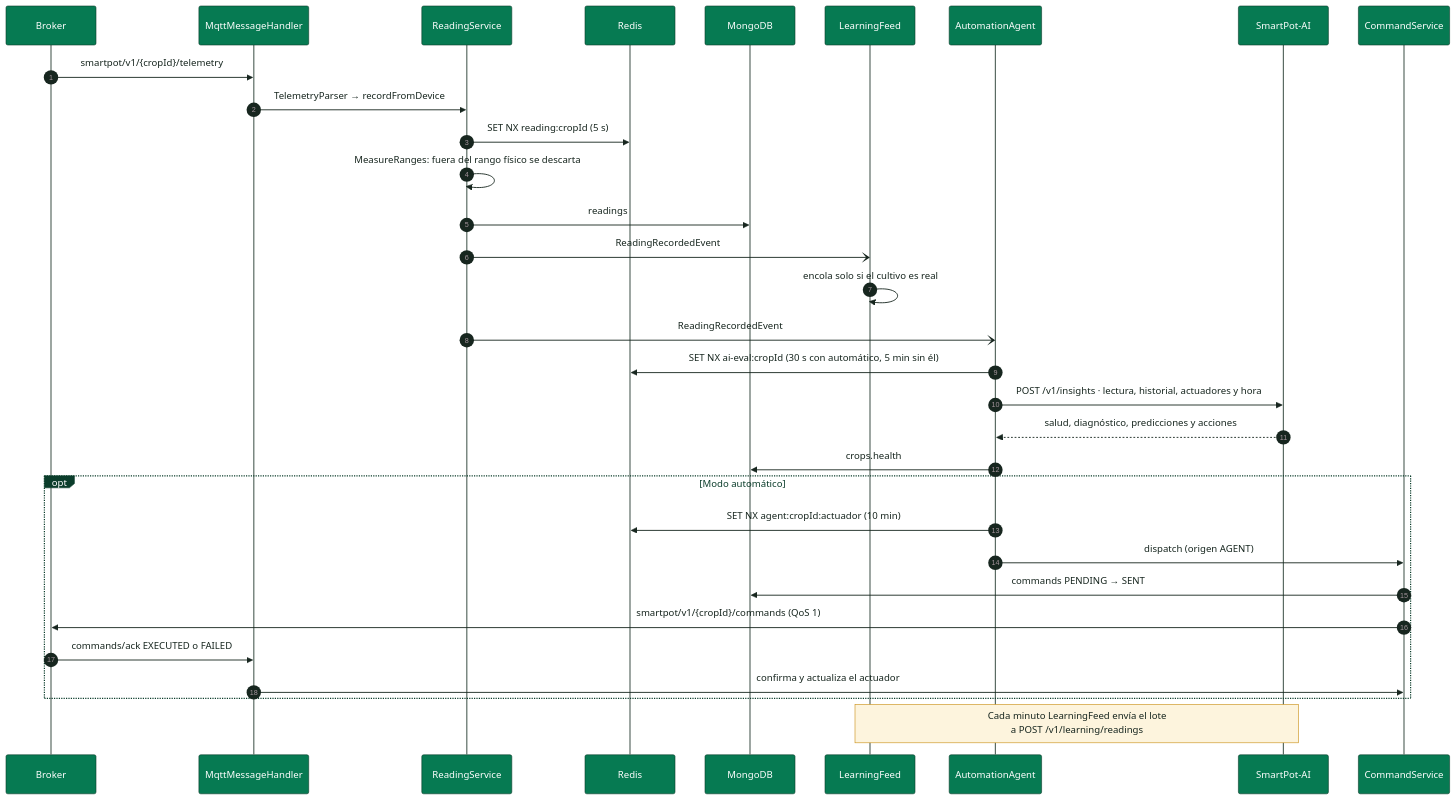
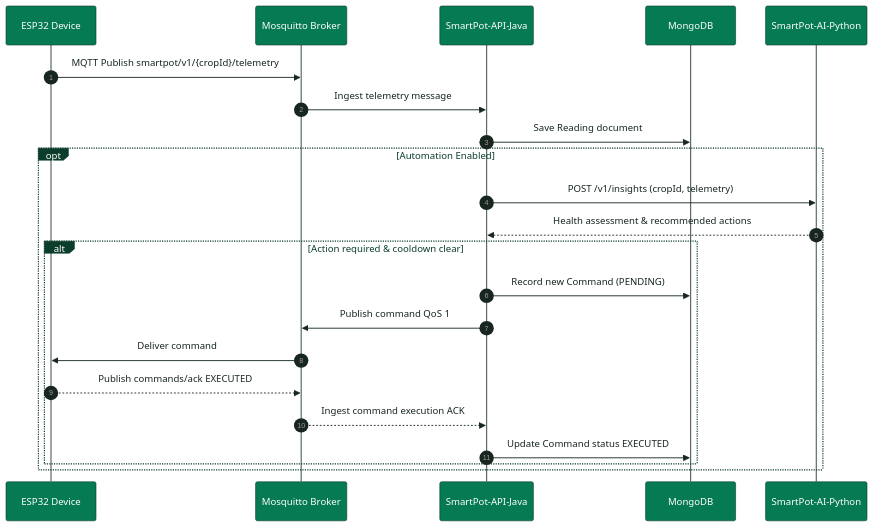
Before and after one commit to SmartPotTech/SmartPot-API-Java: the third of 4 diagrams in docs/SmartPot_API_Documentation.md, drawn with Mermaid. The commit also changed other lines of this file and 15 other files, not shown here.

Commit message:
docs(specs): standardize legacy english documentation, notices, diagrams, and manuals

````diff
--- a/docs/SmartPot_API_Documentation.md
+++ b/docs/SmartPot_API_Documentation.md
@@ -194,35 +139,25 @@
 ```mermaid
 %%{init: {"theme": "base", "fontFamily": "Segoe UI, Arial, sans-serif", "themeVariables": {"fontFamily": "Segoe UI, Arial, sans-serif", "fontSize": "15px", "primaryColor": "#DDF5EA", "primaryTextColor": "#17261F", "primaryBorderColor": "#067A52", "secondaryColor": "#E3F2FB", "secondaryTextColor": "#17261F", "secondaryBorderColor": "#1F6FA0", "tertiaryColor": "#F2F7F4", "tertiaryTextColor": "#17261F", "tertiaryBorderColor": "#D5E3DC", "lineColor": "#5B6B63", "textColor": "#17261F", "mainBkg": "#DDF5EA", "nodeBorder": "#067A52", "clusterBkg": "#F7FAF8", "clusterBorder": "#D5E3DC", "edgeLabelBackground": "#FFFFFF", "actorBkg": "#067A52", "actorBorder": "#0B3D2B", "actorTextColor": "#FFFFFF", "actorLineColor": "#5B6B63", "signalColor": "#17261F", "signalTextColor": "#17261F", "labelBoxBkgColor": "#0B3D2B", "labelBoxBorderColor": "#0B3D2B", "labelTextColor": "#FFFFFF", "loopTextColor": "#0B3D2B", "noteBkgColor": "#FDF4DD", "noteBorderColor": "#C98D12", "noteTextColor": "#17261F", "activationBkgColor": "#DDF5EA", "activationBorderColor": "#067A52", "attributeBackgroundColorOdd": "#FFFFFF", "attributeBackgroundColorEven": "#F2F7F4"}}}%%
 sequenceDiagram
   autonumber
-  participant B as Broker
-  participant H as MqttMessageHandler
-  participant R as ReadingService
-  participant K as Redis
-  participant D as MongoDB
-  participant L as LearningFeed
-  participant G as AutomationAgent
-  participant I as SmartPot-AI
-  participant M as CommandService
-  B->>H: smartpot/v1/{cropId}/telemetry
-  H->>R: TelemetryParser → recordFromDevice
-  R->>K: SET NX reading:cropId (5 s)
-  R->>R: MeasureRanges: fuera del rango físico se descarta
-  R->>D: readings
-  R-)L: ReadingRecordedEvent
-  L->>L: encola solo si el cultivo es real
-  R-)G: ReadingRecordedEvent
-  G->>K: SET NX ai-eval:cropId (30 s con automático, 5 min sin él)
-  G->>I: POST /v1/insights · lectura, historial, actuadores y hora
-  I-->>G: salud, diagnóstico, predicciones y acciones
-  G->>D: crops.health
-  opt Modo automático
-    G->>K: SET NX agent:cropId:actuador (10 min)
-    G->>M: dispatch (origen AGENT)
-    M->>D: commands PENDING → SENT
-    M->>B: smartpot/v1/{cropId}/commands (QoS 1)
-    B->>H: commands/ack EXECUTED o FAILED
-    H->>M: confirma y actualiza el actuador
+  participant D as ESP32 Device
+  participant B as Mosquitto Broker
+  participant API as SmartPot-API-Java
+  participant DB as MongoDB
+  participant AI as SmartPot-AI-Python
+  D->>B: MQTT Publish smartpot/v1/{cropId}/telemetry
+  B->>API: Ingest telemetry message
+  API->>DB: Save Reading document
+  opt Automation Enabled
+    API->>AI: POST /v1/insights (cropId, telemetry)
+    AI-->>API: Health assessment & recommended actions
+    alt Action required & cooldown clear
+      API->>DB: Record new Command (PENDING)
+      API->>B: Publish command QoS 1
+      B->>D: Deliver command
+      D-->>B: Publish commands/ack EXECUTED
+      B-->>API: Ingest command execution ACK
+      API->>DB: Update Command status EXECUTED
+    end
   end
-  Note over L,I: Cada minuto LearningFeed envía el lote<br/>a POST /v1/learning/readings
 ```
````
